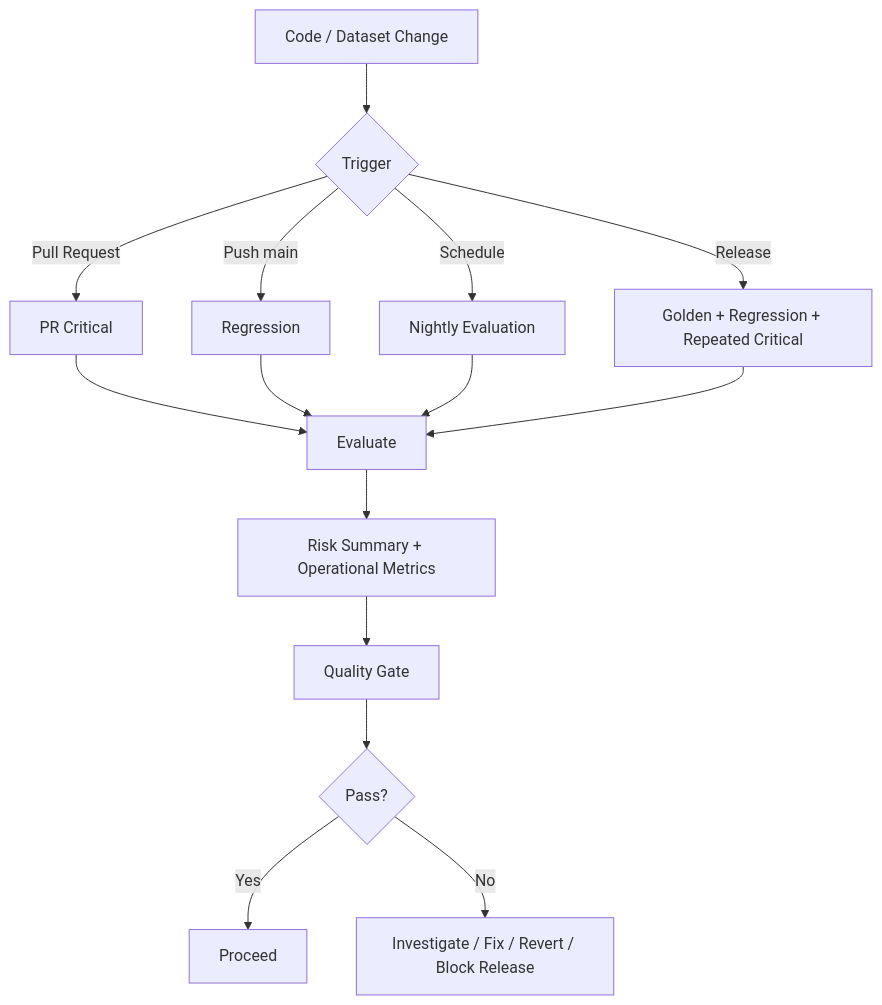
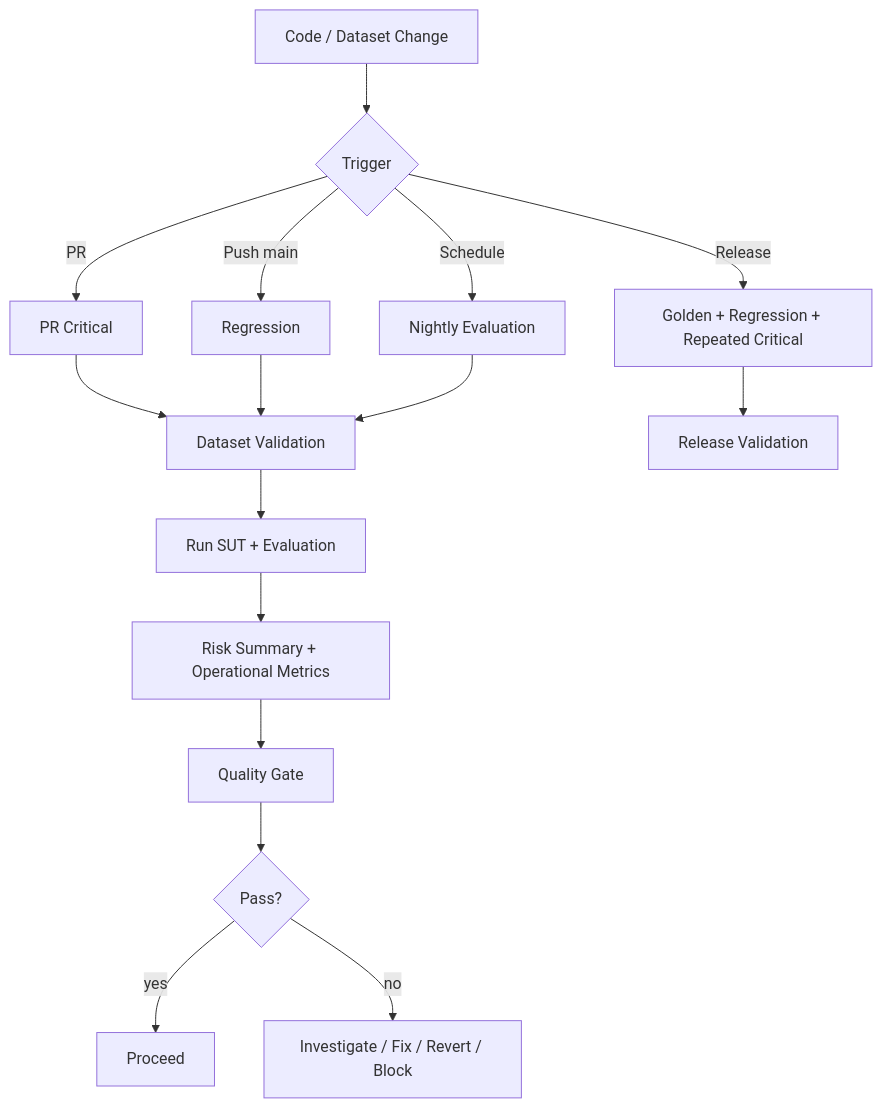
The second of 3 diagrams in docs/test_strategy.md (oleksandrserhieiev-beep/ai-qe-lab), drawn with Mermaid before and after one commit. The commit also changed other lines of this file, not shown here.

````diff
--- a/docs/test_strategy.md
+++ b/docs/test_strategy.md
@@ -317,19 +314,18 @@
 ```mermaid
 flowchart TD
     A[Code / Dataset Change] --> B{Trigger}
-    B -->|Pull Request| C[PR Critical]
+    B -->|PR| C[PR Critical]
     B -->|Push main| D[Regression]
     B -->|Schedule| E[Nightly Evaluation]
     B -->|Release| F[Golden + Regression + Repeated Critical]
-
-    C --> G[Evaluate]
-    D --> G
-    E --> G
-    F --> G
-
-    G --> H[Risk Summary + Operational Metrics]
-    H --> I[Quality Gate]
-    I --> J{Pass?}
-    J -->|Yes| K[Proceed]
-    J -->|No| L[Investigate / Fix / Revert / Block Release]
+    C --> V[Dataset Validation]
+    D --> V
+    E --> V
+    F --> X[Release Validation]
+    V --> R[Run SUT + Evaluation]
+    R --> G[Risk Summary + Operational Metrics]
+    G --> Q[Quality Gate]
+    Q --> P{Pass?}
+    P -->|yes| OK[Proceed]
+    P -->|no| FAIL[Investigate / Fix / Revert / Block]
 ```
````
